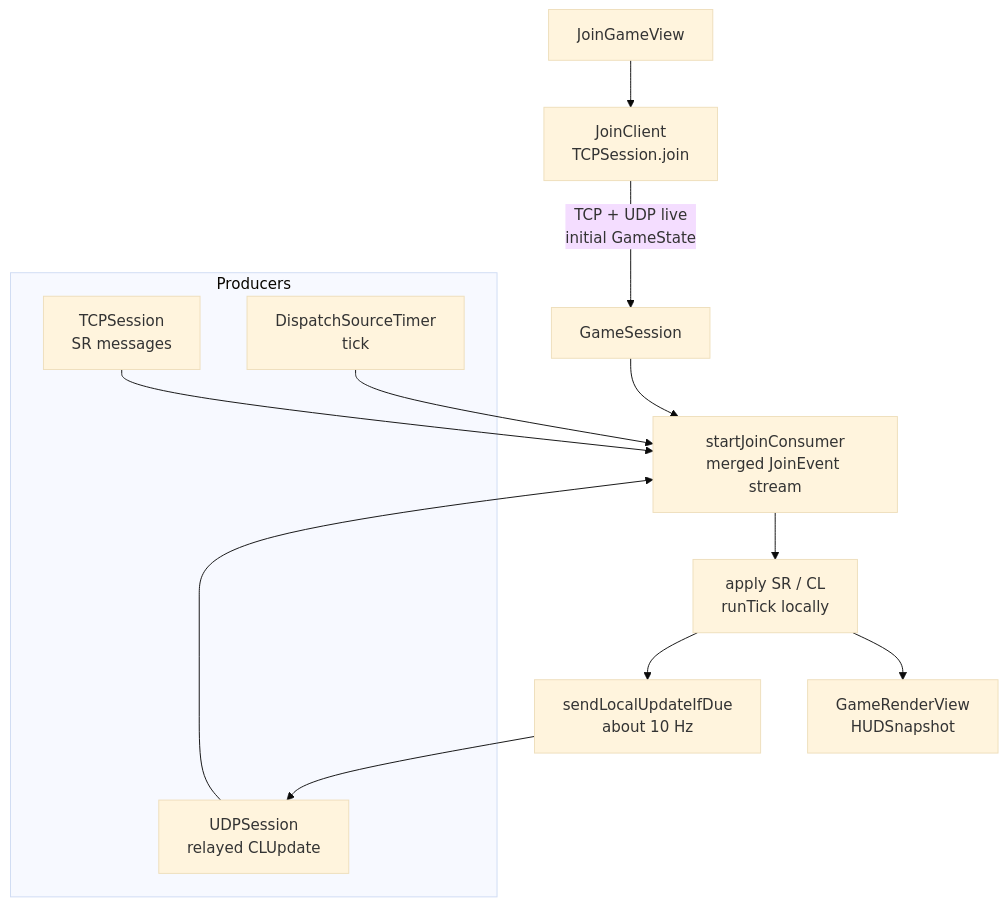
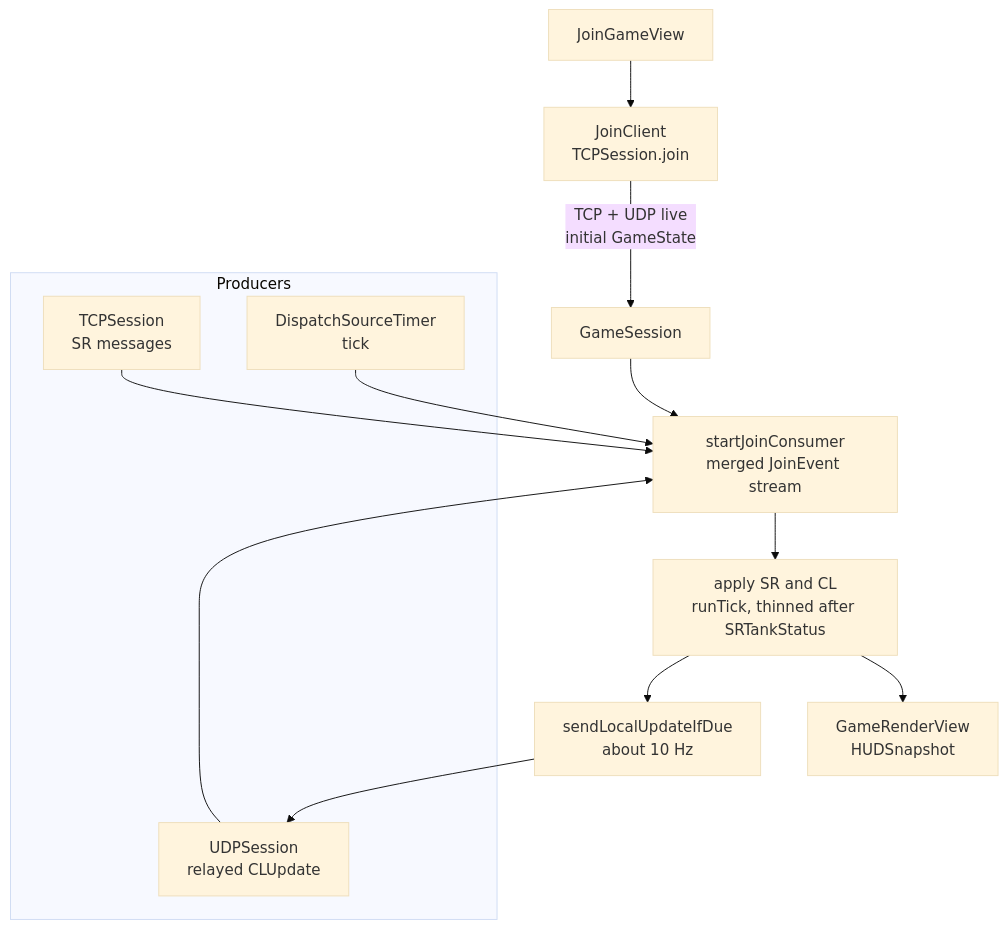
The fourth of 8 diagrams in docs/WIRING.md (CosmicCEO/BoloKit), drawn with Mermaid (base theme) before and after one commit. The commit also changed other lines of this file, not shown here.

````diff
--- a/docs/WIRING.md
+++ b/docs/WIRING.md
@@ -127,21 +139,21 @@
 ```mermaid
 flowchart TB
   JV["JoinGameView"] --> JC["JoinClient<br/>TCPSession.join"]
   JC -->|"TCP + UDP live<br/>initial GameState"| GS["GameSession"]
   GS --> CONS["startJoinConsumer<br/>merged JoinEvent stream"]
 
   subgraph producers["Producers"]
     TCP["TCPSession<br/>SR messages"]
     UDP["UDPSession<br/>relayed CLUpdate"]
     TMR["DispatchSourceTimer<br/>tick"]
   end
 
   TCP --> CONS
   UDP --> CONS
   TMR --> CONS
 
-  CONS --> APPLY["apply SR / CL<br/>runTick locally"]
+  CONS --> APPLY["apply SR and CL<br/>runTick, thinned after SRTankStatus"]
   APPLY --> SEND["sendLocalUpdateIfDue<br/>about 10 Hz"]
   SEND --> UDP
   APPLY --> OUT["GameRenderView<br/>HUDSnapshot"]
 ```
````
